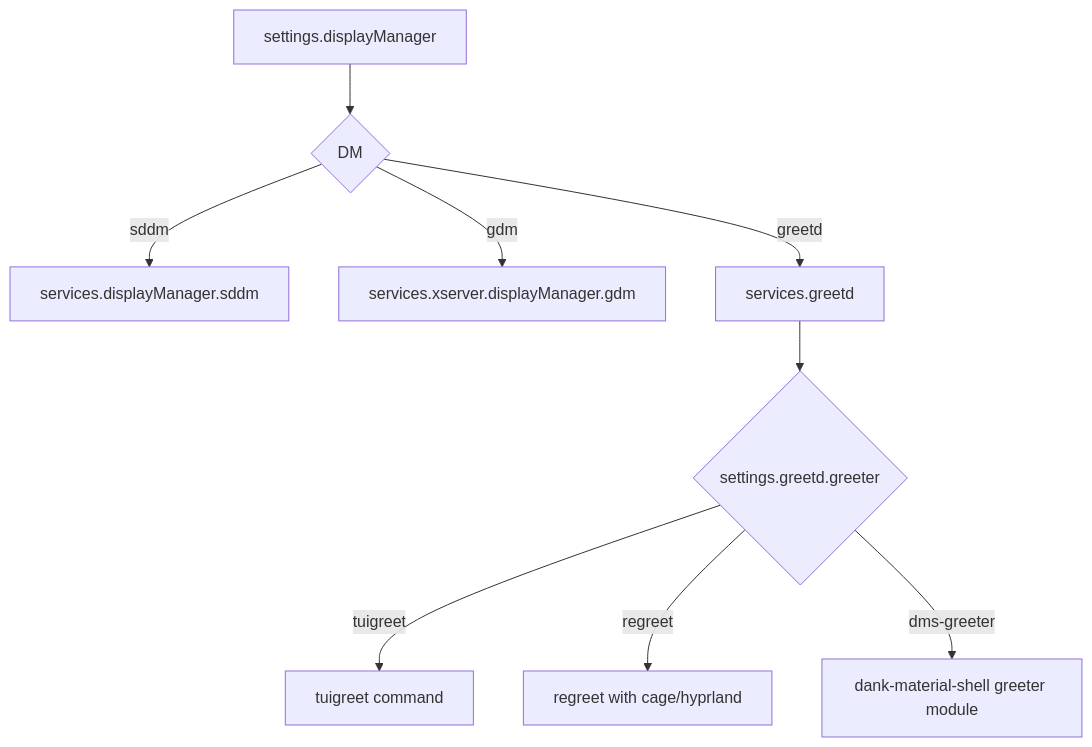
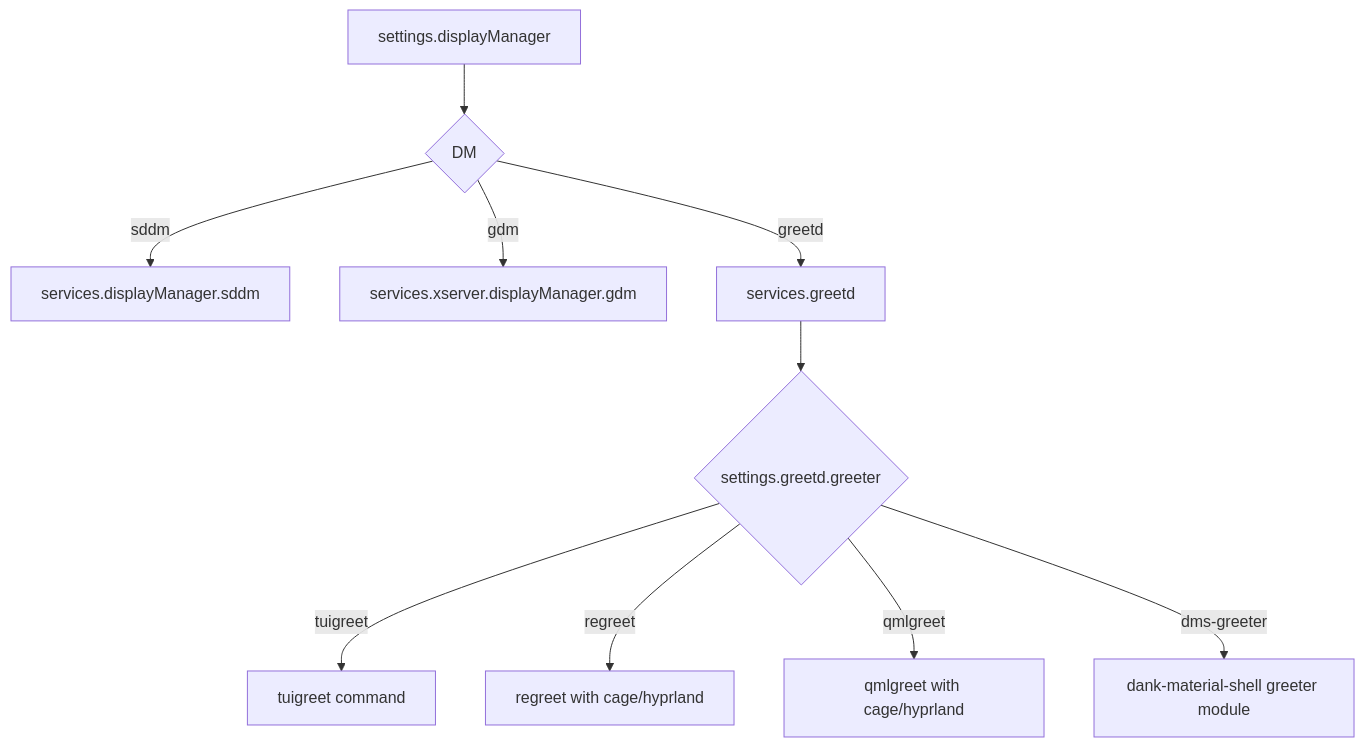
One commit to CodePixelWorks/j0nix-os changed the fifth of 10 diagrams in docs/ARCHITECTURE.md. Above: the diagram before and after it, drawn with Mermaid. The commit also changed other lines of this file and 4 other files, not shown here.

First line of the commit message:
feat(greetd): integrate qmlgreet and switch default greeter

````diff
--- a/docs/ARCHITECTURE.md
+++ b/docs/ARCHITECTURE.md
@@ -78,11 +78,12 @@
 ```mermaid
 flowchart TD
   A[settings.displayManager] --> B{DM}
   B -->|sddm| C[services.displayManager.sddm]
   B -->|gdm| D[services.xserver.displayManager.gdm]
   B -->|greetd| E[services.greetd]
   E --> F{settings.greetd.greeter}
   F -->|tuigreet| G[tuigreet command]
   F -->|regreet| H[regreet with cage/hyprland]
-  F -->|dms-greeter| I[dank-material-shell greeter module]
+  F -->|qmlgreet| I[qmlgreet with cage/hyprland]
+  F -->|dms-greeter| J[dank-material-shell greeter module]
 ```
````
